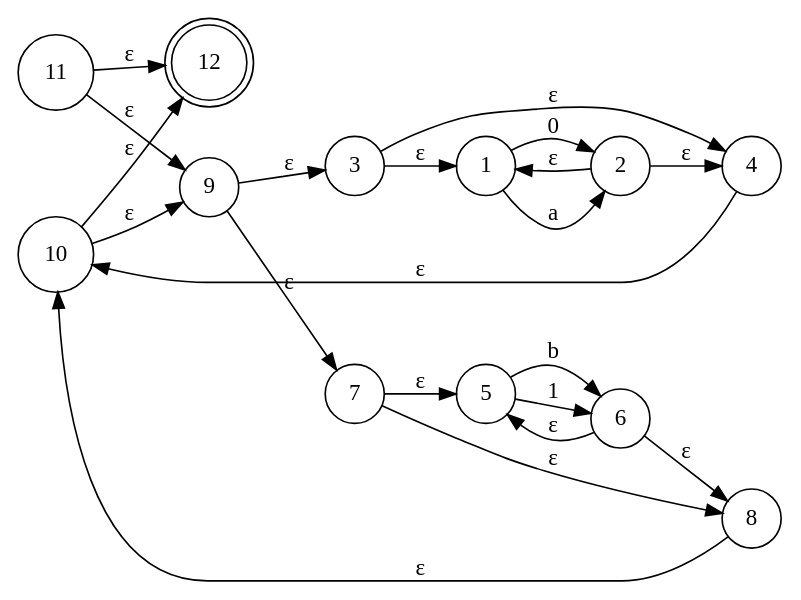
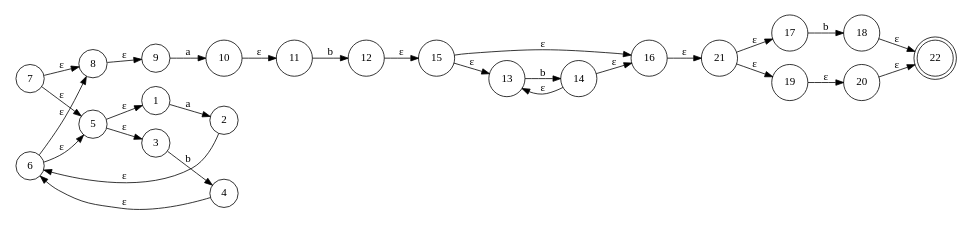
Before and after one commit to DaronP/Proyecto_Automatas: the diagram in proyecto1/thomson.gv, drawn with Graphviz. The commit also changed 10 other files, not shown here.

```diff
--- a/proyecto1/thomson.gv
+++ b/proyecto1/thomson.gv
@@ -1,26 +1,33 @@
 digraph finite_state_machine {
 	rankdir=LR size="8,5"
 	node [shape=doublecircle]
-	12
+	22
 	node [shape=circle]
 	1 -> 2 [label=a]
-	1 -> 2 [label=0]
-	2 -> 1 [label="ε"]
-	2 -> 4 [label="ε"]
-	3 -> 1 [label="ε"]
-	3 -> 4 [label="ε"]
-	4 -> 10 [label="ε"]
-	5 -> 6 [label=b]
-	5 -> 6 [label=1]
+	2 -> 6 [label="ε"]
+	3 -> 4 [label=b]
+	4 -> 6 [label="ε"]
+	5 -> 1 [label="ε"]
+	5 -> 3 [label="ε"]
 	6 -> 5 [label="ε"]
 	6 -> 8 [label="ε"]
 	7 -> 5 [label="ε"]
 	7 -> 8 [label="ε"]
-	8 -> 10 [label="ε"]
-	9 -> 3 [label="ε"]
-	9 -> 7 [label="ε"]
-	10 -> 9 [label="ε"]
-	10 -> 12 [label="ε"]
-	11 -> 9 [label="ε"]
-	11 -> 12 [label="ε"]
+	8 -> 9 [label="ε"]
+	9 -> 10 [label=a]
+	10 -> 11 [label="ε"]
+	11 -> 12 [label=b]
+	12 -> 15 [label="ε"]
+	13 -> 14 [label=b]
+	14 -> 13 [label="ε"]
+	14 -> 16 [label="ε"]
+	15 -> 13 [label="ε"]
+	15 -> 16 [label="ε"]
+	16 -> 21 [label="ε"]
+	17 -> 18 [label=b]
+	18 -> 22 [label="ε"]
+	19 -> 20 [label="ε"]
+	20 -> 22 [label="ε"]
+	21 -> 17 [label="ε"]
+	21 -> 19 [label="ε"]
 }
```
